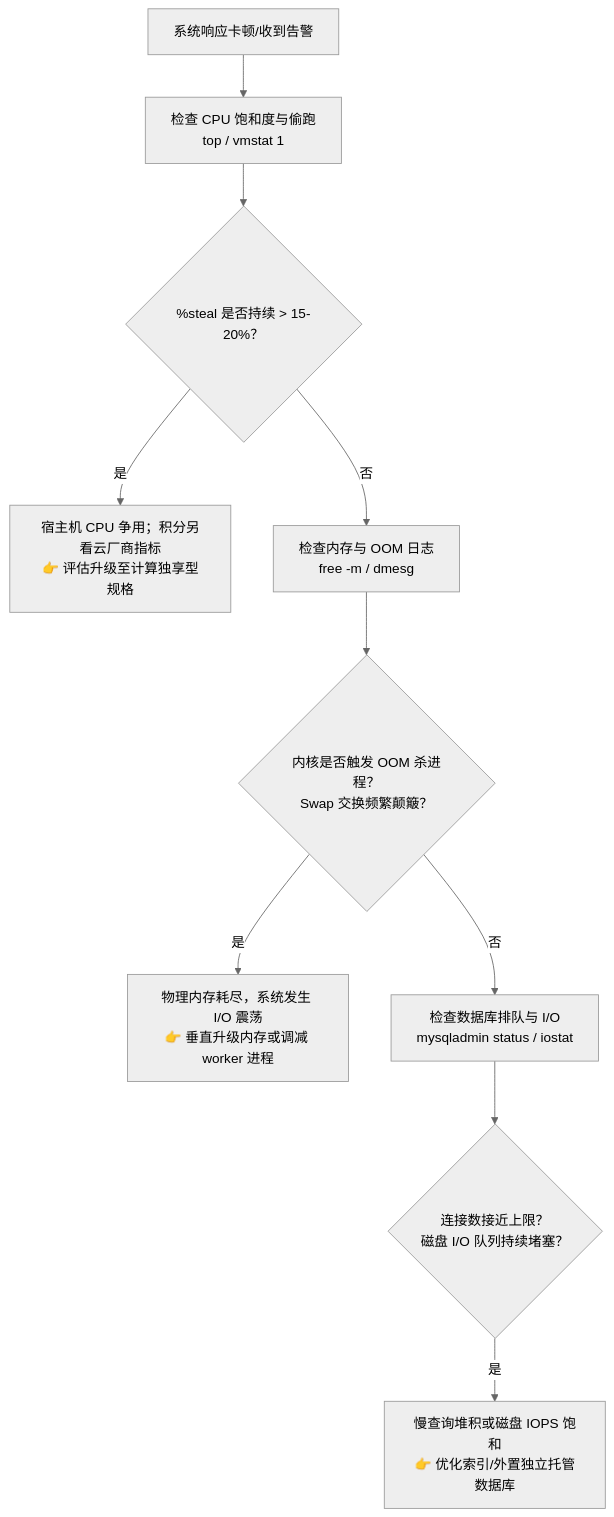
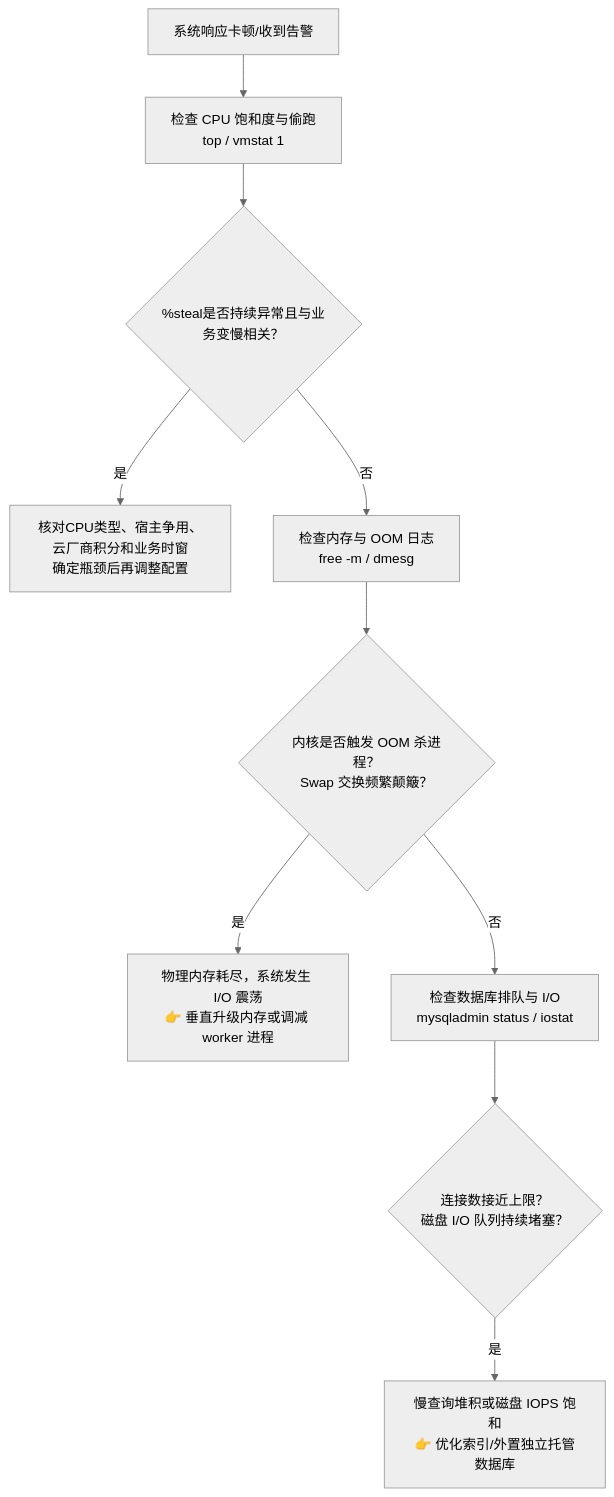
Before and after one commit to entropy-student/project: the fourth of 9 diagrams in cross-border-business/02-network-environment/docs/CHAPTER8_FINAL_SEALED.md, drawn with Mermaid (neutral theme). The commit also changed other lines of this file, not shown here.

````diff
--- a/cross-border-business/02-network-environment/docs/CHAPTER8_FINAL_SEALED.md
+++ b/cross-border-business/02-network-environment/docs/CHAPTER8_FINAL_SEALED.md
@@ -428,12 +430,12 @@
 ```mermaid
 flowchart TD
     A["系统响应卡顿/收到告警"] --> B["检查 CPU 饱和度与偷跑<br/>top / vmstat 1"]
-    B --> C{"%steal 是否持续 > 15-20%？"}
-    C -- "是" --> C1["宿主机 CPU 争用；积分另看云厂商指标<br/>👉 评估升级至计算独享型规格"]
+    B --> C{"%steal是否持续异常且与业务变慢相关？"}
+    C -- "是" --> C1["核对CPU类型、宿主争用、云厂商积分和业务时窗<br/>确定瓶颈后再调整配置"]
     C -- "否" --> D["检查内存与 OOM 日志<br/>free -m / dmesg"]
     D --> E{"内核是否触发 OOM 杀进程？<br/>Swap 交换频繁颠簸？"}
     E -- "是" --> E1["物理内存耗尽，系统发生 I/O 震荡<br/>👉 垂直升级内存或调减 worker 进程"]
     E -- "否" --> F["检查数据库排队与 I/O<br/>mysqladmin status / iostat"]
     F --> G{"连接数接近上限？<br/>磁盘 I/O 队列持续堵塞？"}
     G -- "是" --> G1["慢查询堆积或磁盘 IOPS 饱和<br/>👉 优化索引/外置独立托管数据库"]
 ```
````
